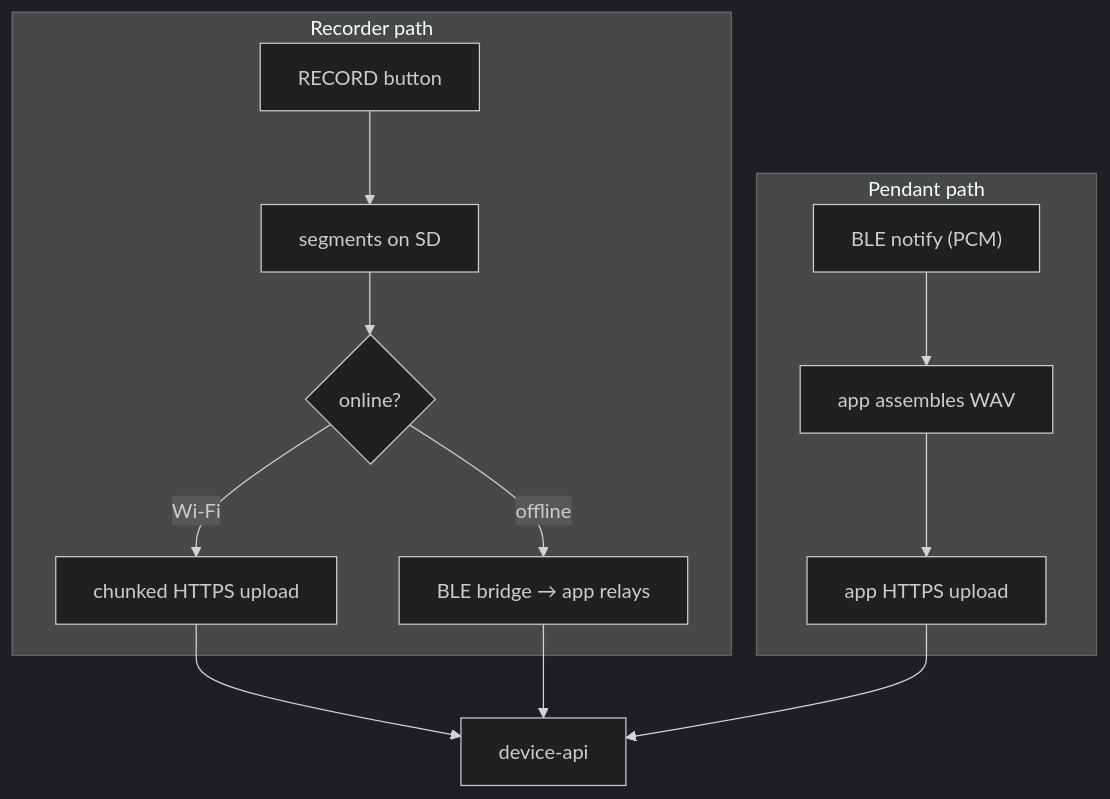
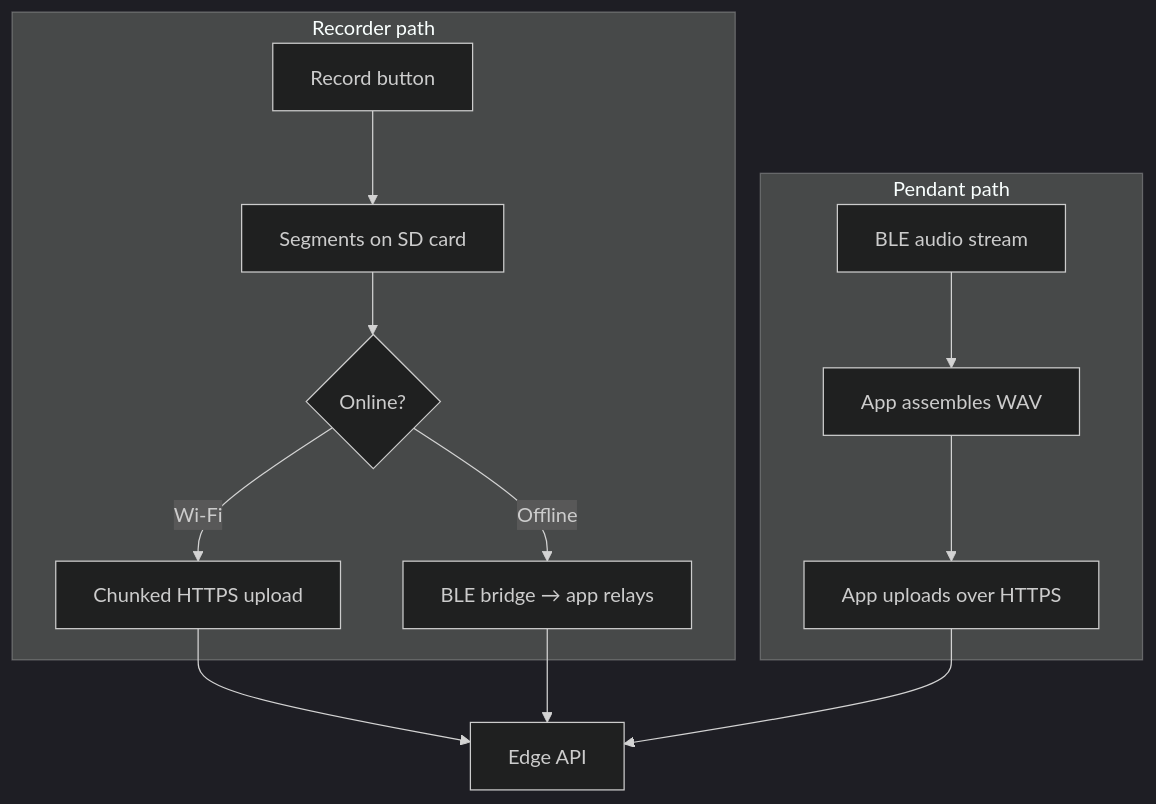
Before and after one commit to Longcao24/sate-companion: the third of 3 diagrams in docs-site/docs/architecture.md, drawn with Mermaid (dark theme). The commit also changed other lines of this file and 17 other files, not shown here.

First line of the commit message:
docs-site: generalize published docs + add system-overview diagram

````diff
--- a/docs-site/docs/architecture.md
+++ b/docs-site/docs/architecture.md
@@ -95,16 +98,16 @@
 ```mermaid
 flowchart TD
   subgraph Recorder path
-    R1["RECORD button"] --> R2["segments on SD"]
-    R2 --> R3{"online?"}
-    R3 -- "Wi-Fi" --> R4["chunked HTTPS upload"]
-    R3 -- "offline" --> R5["BLE bridge → app relays"]
+    R1["Record button"] --> R2["Segments on SD card"]
+    R2 --> R3{"Online?"}
+    R3 -- "Wi-Fi" --> R4["Chunked HTTPS upload"]
+    R3 -- "Offline" --> R5["BLE bridge → app relays"]
   end
   subgraph Pendant path
-    P1["BLE notify (PCM)"] --> P2["app assembles WAV"]
-    P2 --> P3["app HTTPS upload"]
+    P1["BLE audio stream"] --> P2["App assembles WAV"]
+    P2 --> P3["App uploads over HTTPS"]
   end
-  R4 --> API["device-api"]
+  R4 --> API["Edge API"]
   R5 --> API
   P3 --> API
 ```
````
